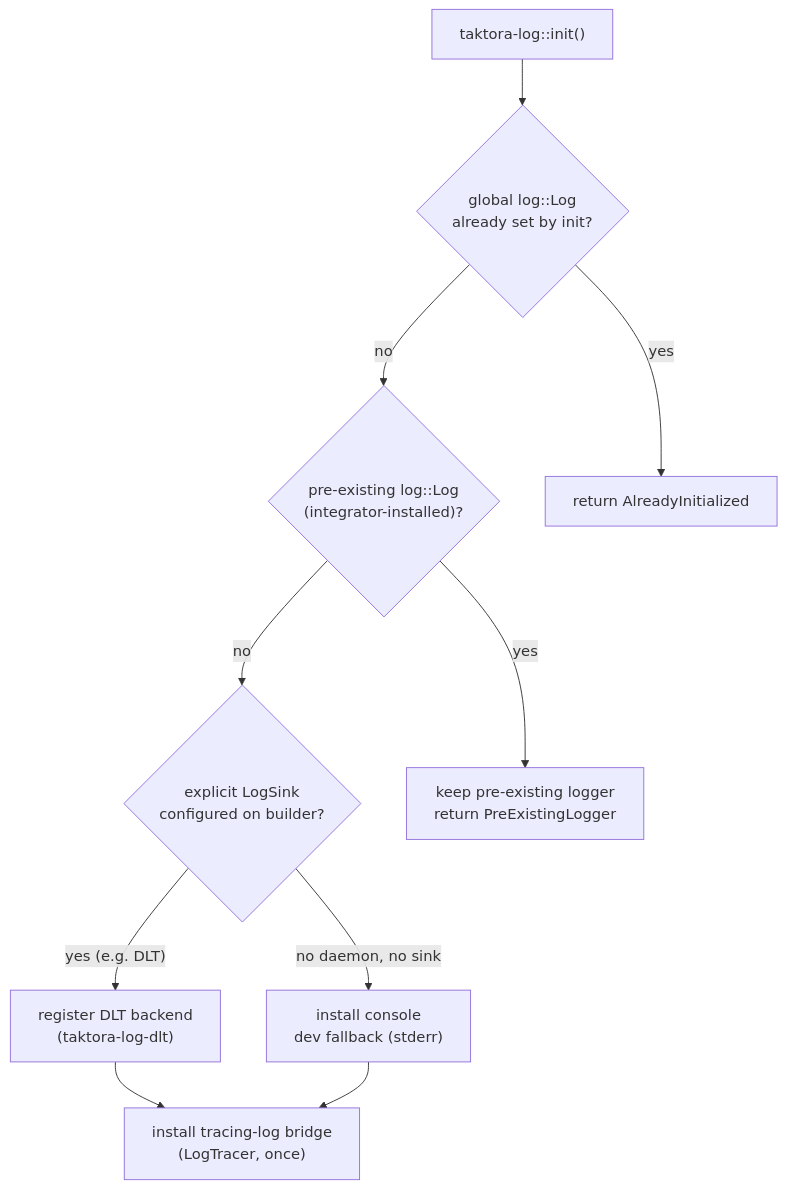
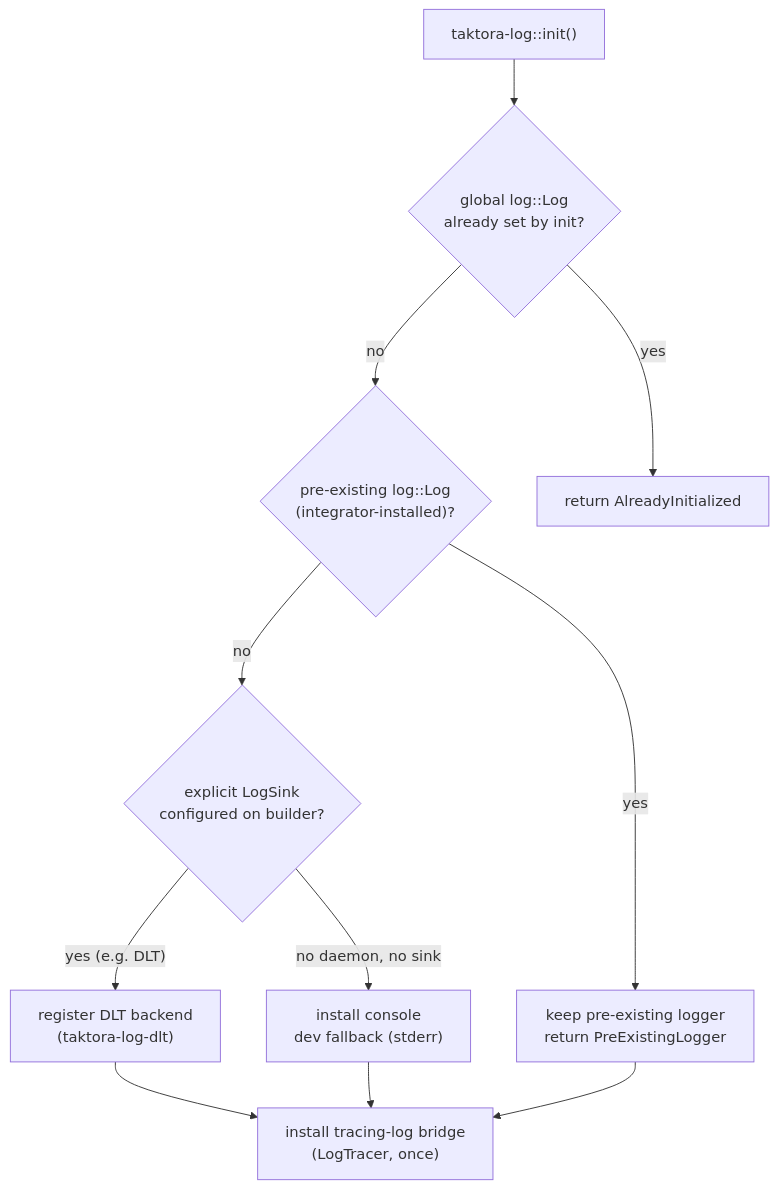
One commit to patdhlk/taktora changed the first of 2 diagrams in spec/architecture/logging/runtime-view.rst. Above: the diagram before and after it, drawn with Mermaid. The commit also changed 1 other file, not shown here.

Commit message:
docs(spec): fix canopen od-core dependency edge + logging bridge install path (T10 review)

```diff
--- a/spec/architecture/logging/runtime-view.rst
+++ b/spec/architecture/logging/runtime-view.rst
@@ -24,22 +24,23 @@
 .. mermaid::
 
    flowchart TD
        Start["taktora-log::init()"]
        AlreadyInit{"global log::Log<br/>already set by init?"}
        PreExisting{"pre-existing log::Log<br/>(integrator-installed)?"}
        Sink{"explicit LogSink<br/>configured on builder?"}
        Bridge["install tracing-log bridge<br/>(LogTracer, once)"]
        UseDlt["register DLT backend<br/>(taktora-log-dlt)"]
        UseConsole["install console<br/>dev fallback (stderr)"]
        KeepExisting["keep pre-existing logger<br/>return PreExistingLogger"]
        Err["return AlreadyInitialized"]
 
        Start --> AlreadyInit
        AlreadyInit -->|yes| Err
        AlreadyInit -->|no| PreExisting
        PreExisting -->|yes| KeepExisting
        PreExisting -->|no| Sink
        Sink -->|"yes (e.g. DLT)"| UseDlt
        Sink -->|"no daemon, no sink"| UseConsole
        UseDlt --> Bridge
        UseConsole --> Bridge
+       KeepExisting --> Bridge
```
